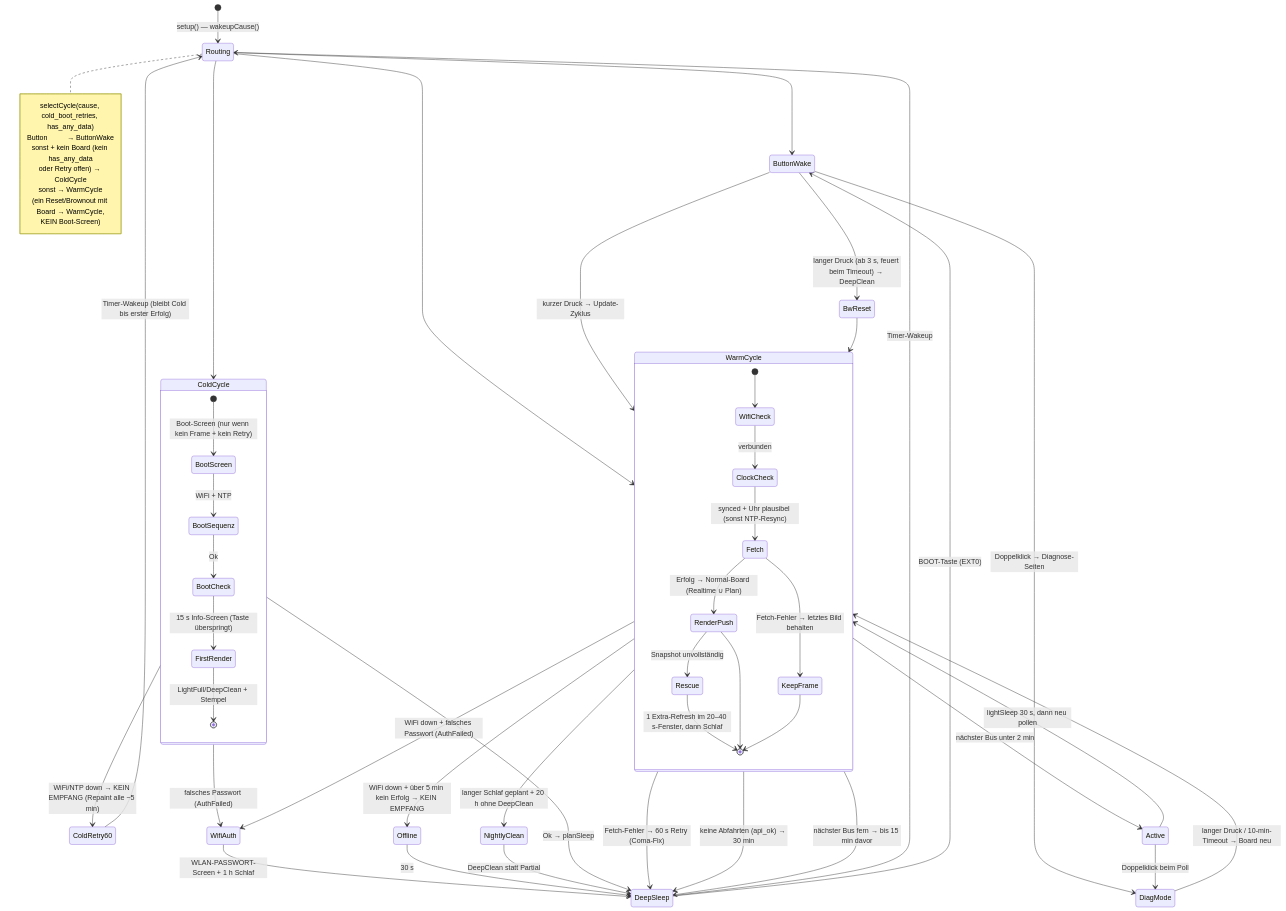
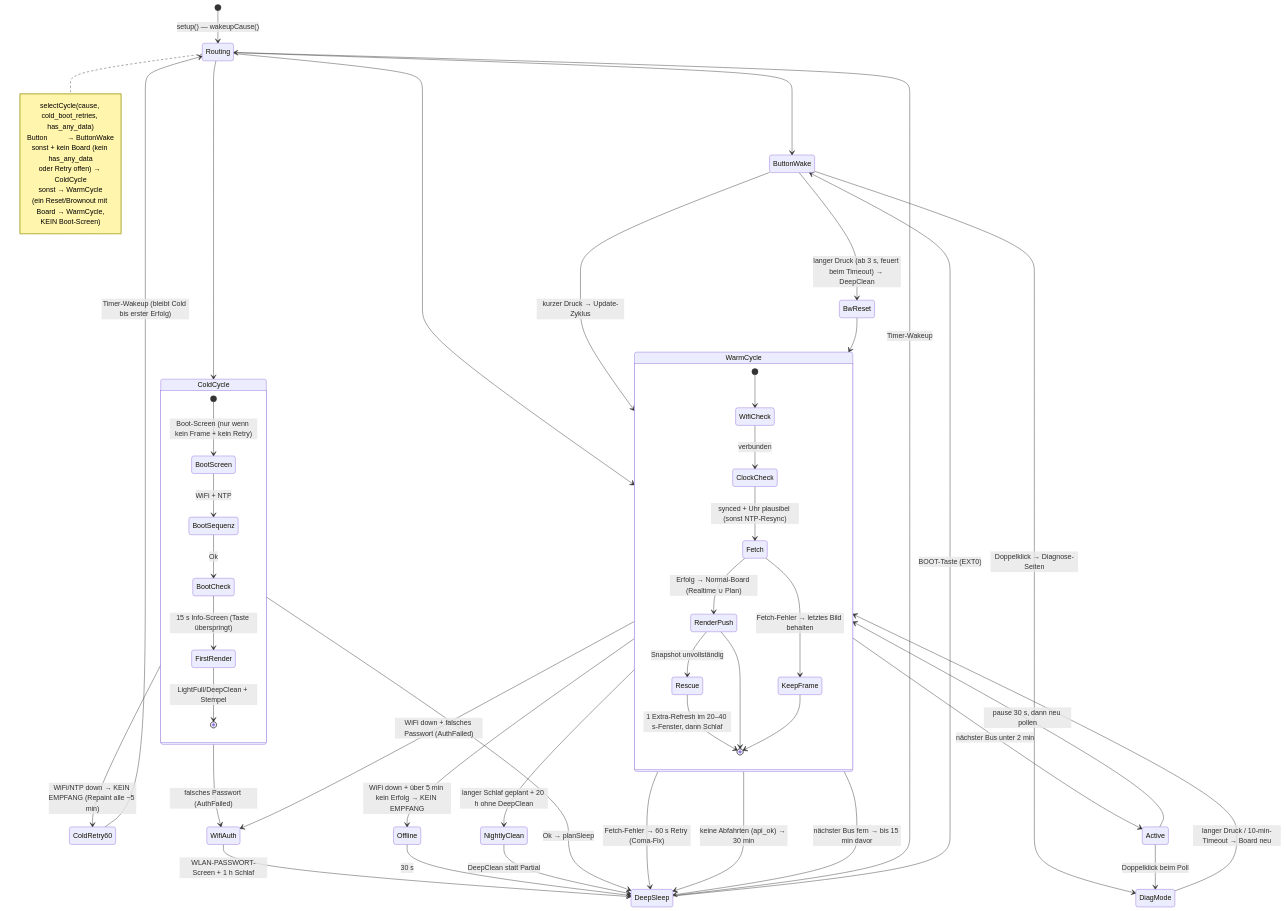
One commit to tgd1975/bustaferl changed the third of 4 diagrams in docs/ARCHITECTURE.md. Above: the diagram before and after it, drawn with Mermaid. The commit also changed other lines of this file and 15 other files, not shown here.

````diff
--- a/docs/ARCHITECTURE.md
+++ b/docs/ARCHITECTURE.md
@@ -215,65 +215,65 @@
 ```mermaid
 stateDiagram-v2
     [*] --> Routing: setup() — wakeupCause()
 
     note right of Routing
         selectCycle(cause, cold_boot_retries, has_any_data)
         Button          → ButtonWake
         sonst + kein Board (kein has_any_data
           oder Retry offen) → ColdCycle
         sonst → WarmCycle
         (ein Reset/Brownout mit Board → WarmCycle,
          KEIN Boot-Screen)
     end note
 
     Routing --> ColdCycle
     Routing --> WarmCycle
     Routing --> ButtonWake
 
     state ColdCycle {
         [*] --> BootScreen: Boot-Screen (nur wenn kein Frame + kein Retry)
         BootScreen --> BootSequenz: WiFi + NTP
         BootSequenz --> BootCheck: Ok
         BootCheck --> FirstRender: 15 s Info-Screen (Taste überspringt)
         FirstRender --> [*]: LightFull/DeepClean + Stempel
     }
 
     ColdCycle --> DeepSleep: Ok → planSleep
     ColdCycle --> ColdRetry60: WiFi/NTP down → KEIN EMPFANG (Repaint alle ~5 min)
     ColdRetry60 --> Routing: Timer-Wakeup (bleibt Cold bis erster Erfolg)
     ColdCycle --> WifiAuth: falsches Passwort (AuthFailed)
 
     WifiAuth --> DeepSleep: WLAN-PASSWORT-Screen + 1 h Schlaf
 
     DeepSleep --> Routing: Timer-Wakeup
     DeepSleep --> ButtonWake: BOOT-Taste (EXT0)
     ButtonWake --> WarmCycle: kurzer Druck → Update-Zyklus
     ButtonWake --> BwReset: langer Druck (ab 3 s, feuert beim Timeout) → DeepClean
     ButtonWake --> DiagMode: Doppelklick → Diagnose-Seiten
     BwReset --> WarmCycle
     Active --> DiagMode: Doppelklick beim Poll
     DiagMode --> WarmCycle: langer Druck / 10-min-Timeout → Board neu
 
     state WarmCycle {
         [*] --> WifiCheck
         WifiCheck --> ClockCheck: verbunden
         ClockCheck --> Fetch: synced + Uhr plausibel (sonst NTP-Resync)
         Fetch --> RenderPush: Erfolg → Normal-Board (Realtime ∪ Plan)
         Fetch --> KeepFrame: Fetch-Fehler → letztes Bild behalten
         RenderPush --> Rescue: Snapshot unvollständig
         Rescue --> [*]: 1 Extra-Refresh im 20–40 s-Fenster, dann Schlaf
         KeepFrame --> [*]
         RenderPush --> [*]
     }
 
     WarmCycle --> Offline: WiFi down + über 5 min kein Erfolg → KEIN EMPFANG
     WarmCycle --> WifiAuth: WiFi down + falsches Passwort (AuthFailed)
     Offline --> DeepSleep: 30 s
     WarmCycle --> DeepSleep: Fetch-Fehler → 60 s Retry (Coma-Fix)
     WarmCycle --> DeepSleep: keine Abfahrten (api_ok) → 30 min
     WarmCycle --> DeepSleep: nächster Bus fern → bis 15 min davor
     WarmCycle --> Active: nächster Bus unter 2 min
-    Active --> WarmCycle: lightSleep 30 s, dann neu pollen
+    Active --> WarmCycle: pause 30 s, dann neu pollen
     WarmCycle --> NightlyClean: langer Schlaf geplant + 20 h ohne DeepClean
     NightlyClean --> DeepSleep: DeepClean statt Partial
 ```
````
